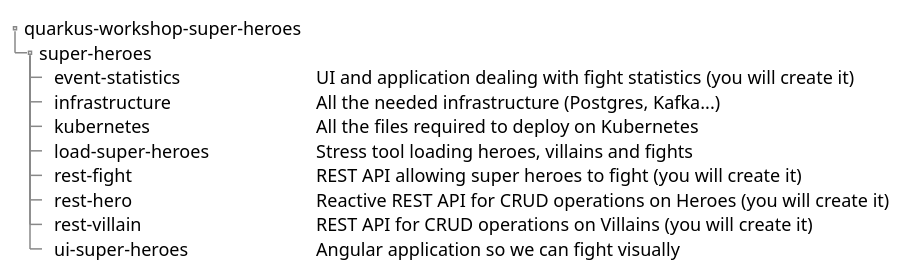
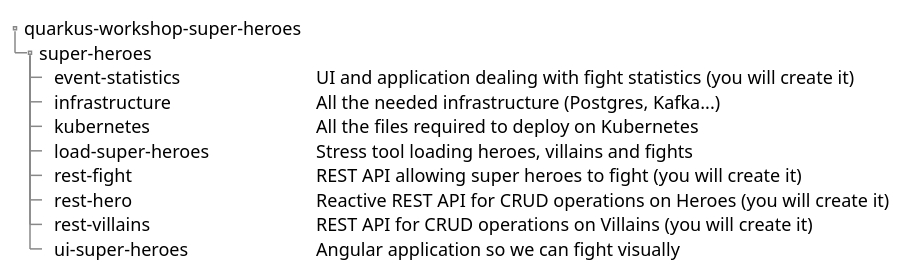
One commit to quarkusio/quarkus-workshops changed the second of 4 diagrams in quarkus-workshop-super-heroes/docs/src/main/asciidoc/0-introduction/introduction-preparing.adoc. Above: the diagram before and after it, drawn with PlantUML. The commit also changed 5 other files, not shown here.

Commit message:
Fix rest-villains path in doc (missing the last s)

```diff
--- a/quarkus-workshop-super-heroes/docs/src/main/asciidoc/0-introduction/introduction-preparing.adoc
+++ b/quarkus-workshop-super-heroes/docs/src/main/asciidoc/0-introduction/introduction-preparing.adoc
@@ -36,20 +36,20 @@
 [plantuml]
 ----
 @startsalt
 {
 {
 T
 quarkus-workshop-super-heroes
 + super-heroes
 ++ event-statistics        | UI and application dealing with fight statistics (you will create it)
 ++ infrastructure          | All the needed infrastructure (Postgres, Kafka...)
 ++ kubernetes              | All the files required to deploy on Kubernetes
 ++ load-super-heroes       | Stress tool loading heroes, villains and fights
 ++ rest-fight              | REST API allowing super heroes to fight (you will create it)
 ++ rest-hero               | Reactive REST API for CRUD operations on Heroes (you will create it)
-++ rest-villain            | REST API for CRUD operations on Villains (you will create it)
+++ rest-villains            | REST API for CRUD operations on Villains (you will create it)
 ++ ui-super-heroes         | Angular application so we can fight visually
 }
 }
 @endsalt
 ----
```
